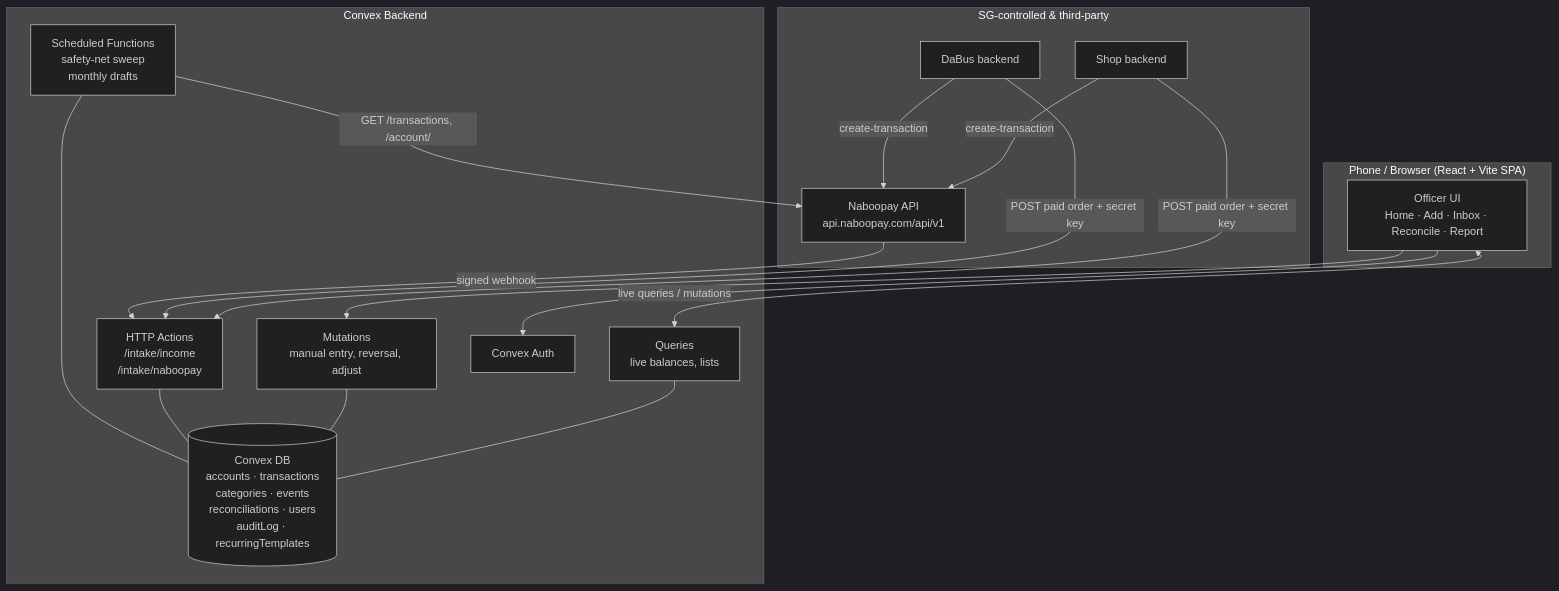
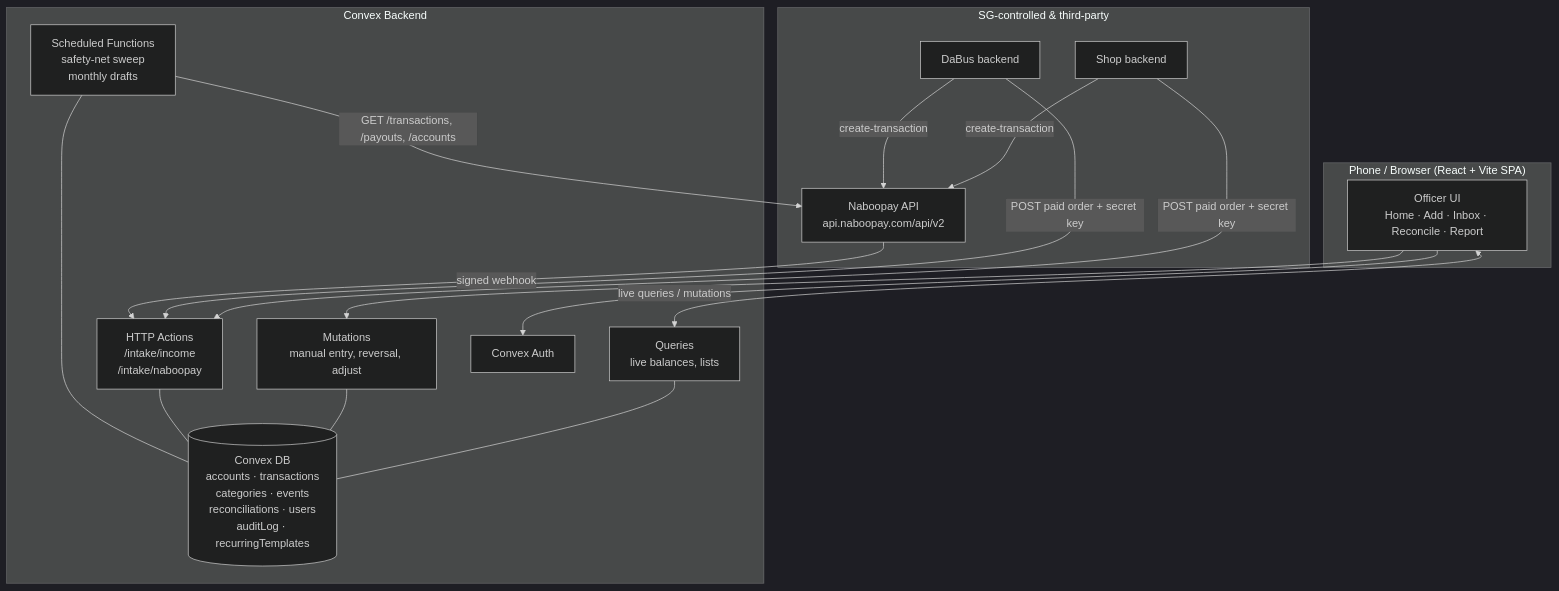
One commit to DAUST-SG/DaLedger changed the diagram in docs/ARCHITECTURE.md. Above: the diagram before and after it, drawn with Mermaid (dark theme). The commit also changed other lines of this file and 86 other files, not shown here.

````diff
--- a/docs/ARCHITECTURE.md
+++ b/docs/ARCHITECTURE.md
@@ -14,35 +14,35 @@
 ```mermaid
 flowchart TD
     subgraph Client["Phone / Browser (React + Vite SPA)"]
         UI[Officer UI\nHome · Add · Inbox · Reconcile · Report]
     end
 
     subgraph Convex["Convex Backend"]
         Q[Queries\nlive balances, lists]
         M[Mutations\nmanual entry, reversal, adjust]
         H[HTTP Actions\n/intake/income\n/intake/naboopay]
         C[Scheduled Functions\nsafety-net sweep\nmonthly drafts]
         DB[(Convex DB\naccounts · transactions\ncategories · events\nreconciliations · users\nauditLog · recurringTemplates)]
         A[Convex Auth]
     end
 
     subgraph External["SG-controlled & third-party"]
         SHOP[Shop backend]
         DABUS[DaBus backend]
-        NABOO[Naboopay API\napi.naboopay.com/api/v1]
+        NABOO[Naboopay API\napi.naboopay.com/api/v2]
     end
 
     UI <-->|live queries / mutations| Q
     UI --> M
     UI --> A
     Q --- DB
     M --- DB
     H --- DB
     C --- DB
     SHOP -->|POST paid order + secret key| H
     DABUS -->|POST paid order + secret key| H
     NABOO -->|signed webhook| H
-    C -->|GET /transactions, /account/| NABOO
+    C -->|GET /transactions, /payouts, /accounts| NABOO
     SHOP -->|create-transaction| NABOO
     DABUS -->|create-transaction| NABOO
 ```
````
